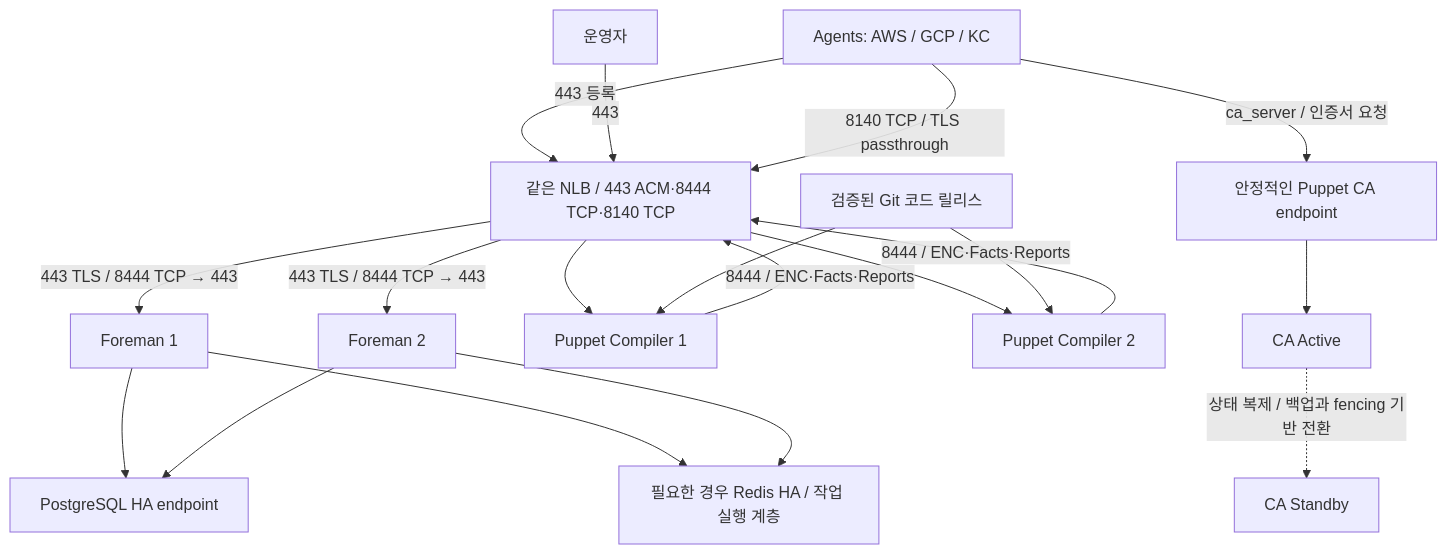
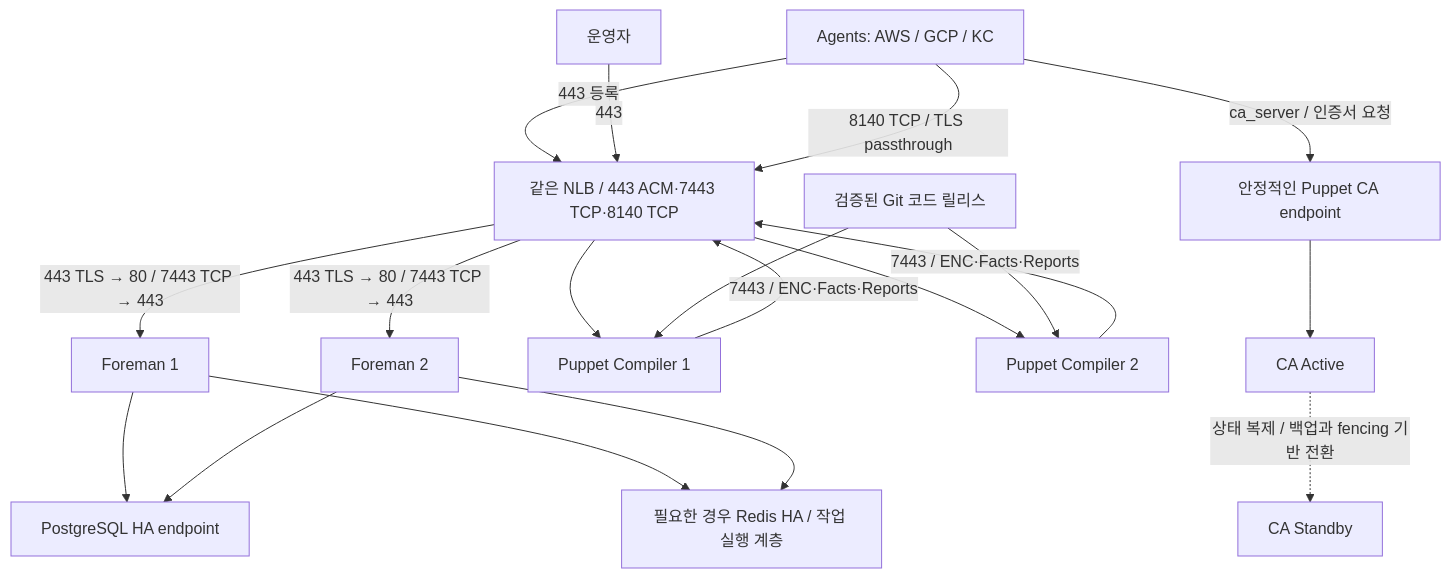
The diagram in foreman-puppet/docs/HA_AND_CERTIFICATES.md (heyoon2j/y2-devops-lab), drawn with Mermaid before and after one commit. The commit also changed other lines of this file and 17 other files, not shown here.

Commit message:
docs: define NLB TLS offload and TCP passthrough target groups

````diff
--- a/foreman-puppet/docs/HA_AND_CERTIFICATES.md
+++ b/foreman-puppet/docs/HA_AND_CERTIFICATES.md
@@ -109,21 +109,21 @@
 ```mermaid
 flowchart TB
-    A["Agents: AWS / GCP / KC"] -->|"443 등록"| FLB["같은 NLB / 443 ACM·8444 TCP·8140 TCP"]
+    A["Agents: AWS / GCP / KC"] -->|"443 등록"| FLB["같은 NLB / 443 ACM·7443 TCP·8140 TCP"]
     U["운영자"] -->|"443"| FLB
-    FLB -->|"443 TLS / 8444 TCP → 443"| F1["Foreman 1"]
-    FLB -->|"443 TLS / 8444 TCP → 443"| F2["Foreman 2"]
+    FLB -->|"443 TLS → 80 / 7443 TCP → 443"| F1["Foreman 1"]
+    FLB -->|"443 TLS → 80 / 7443 TCP → 443"| F2["Foreman 2"]
     F1 --> DB["PostgreSQL HA endpoint"]
     F2 --> DB
     F1 --> R["필요한 경우 Redis HA / 작업 실행 계층"]
     F2 --> R
     A -->|"8140 TCP / TLS passthrough"| FLB
     FLB --> P1["Puppet Compiler 1"]
     FLB --> P2["Puppet Compiler 2"]
-    P1 -->|"8444 / ENC·Facts·Reports"| FLB
-    P2 -->|"8444 / ENC·Facts·Reports"| FLB
+    P1 -->|"7443 / ENC·Facts·Reports"| FLB
+    P2 -->|"7443 / ENC·Facts·Reports"| FLB
     A -->|"ca_server / 인증서 요청"| C["안정적인 Puppet CA endpoint"]
     C --> CA1["CA Active"]
     CA1 -.->|"상태 복제 / 백업과 fencing 기반 전환"| CA2["CA Standby"]
     G["검증된 Git 코드 릴리스"] --> P1
     G --> P2
 ```
````
